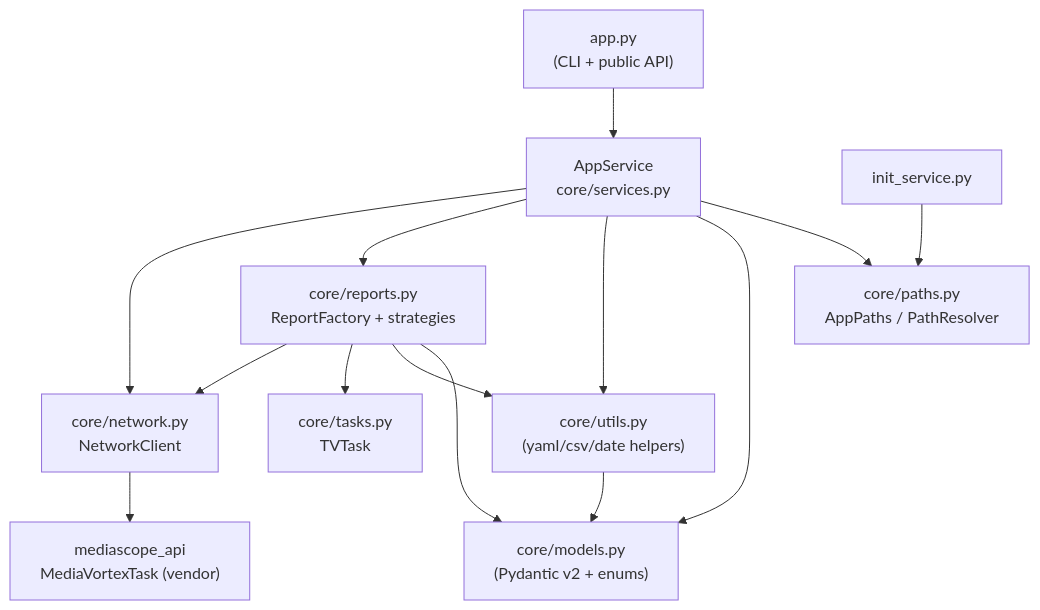
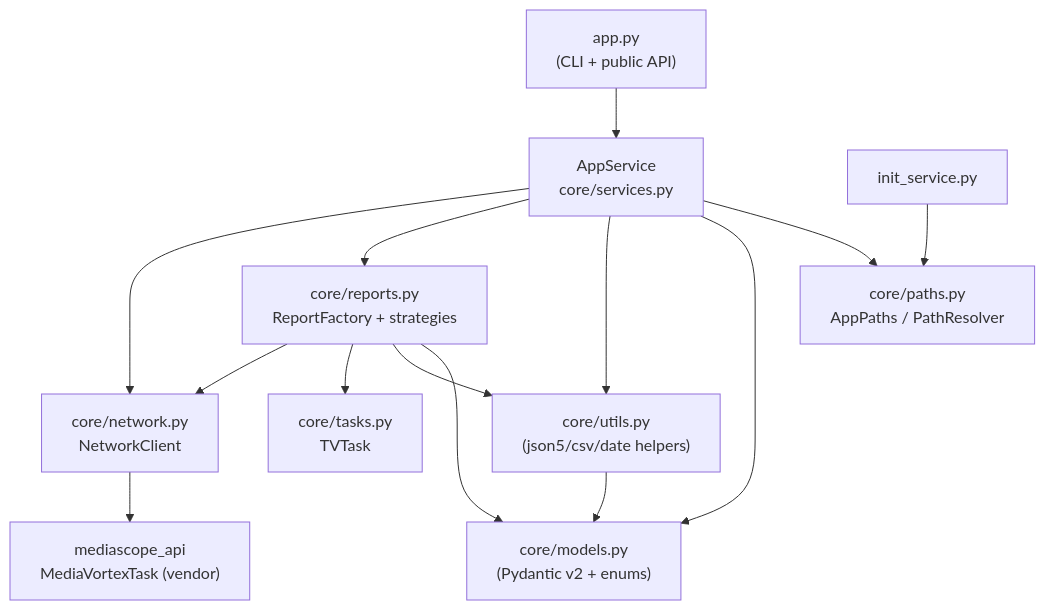
The second of 4 diagrams in docs/00-overview/system-architecture.md (manicko/mko_get_mediascope_data), drawn with Mermaid before and after one commit. The commit also changed other lines of this file and 8 other files, not shown here.

````diff
--- a/docs/00-overview/system-architecture.md
+++ b/docs/00-overview/system-architecture.md
@@ -81,16 +81,16 @@
 ```mermaid
 flowchart TD
     APP["app.py<br/>(CLI + public API)"] --> SVC["AppService<br/>core/services.py"]
     INIT["init_service.py"] --> PATHS["core/paths.py<br/>AppPaths / PathResolver"]
     SVC --> PATHS
     SVC --> MODELS["core/models.py<br/>(Pydantic v2 + enums)"]
-    SVC --> UTILS["core/utils.py<br/>(yaml/csv/date helpers)"]
+    SVC --> UTILS["core/utils.py<br/>(json5/csv/date helpers)"]
     SVC --> REPORTS["core/reports.py<br/>ReportFactory + strategies"]
     REPORTS --> MODELS
     REPORTS --> UTILS
     REPORTS --> TASKS["core/tasks.py<br/>TVTask"]
     REPORTS --> NET["core/network.py<br/>NetworkClient"]
     SVC --> NET
     NET --> VENDOR["mediascope_api<br/>MediaVortexTask (vendor)"]
     UTILS --> MODELS
 ```
````
